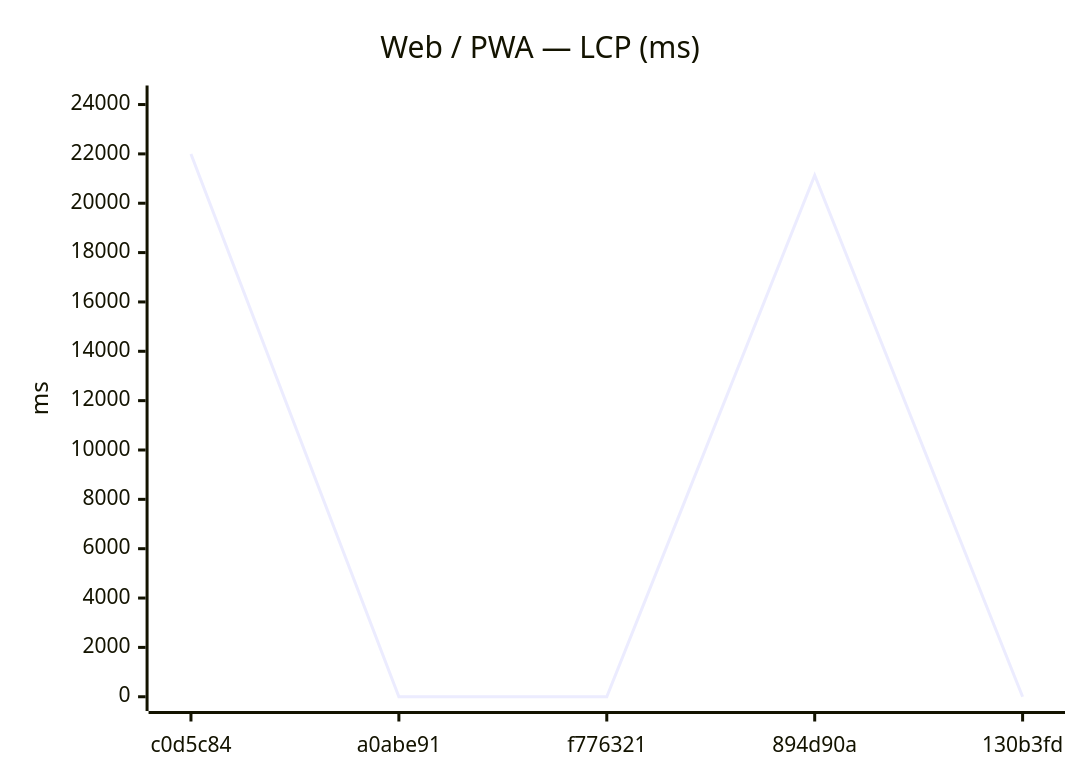
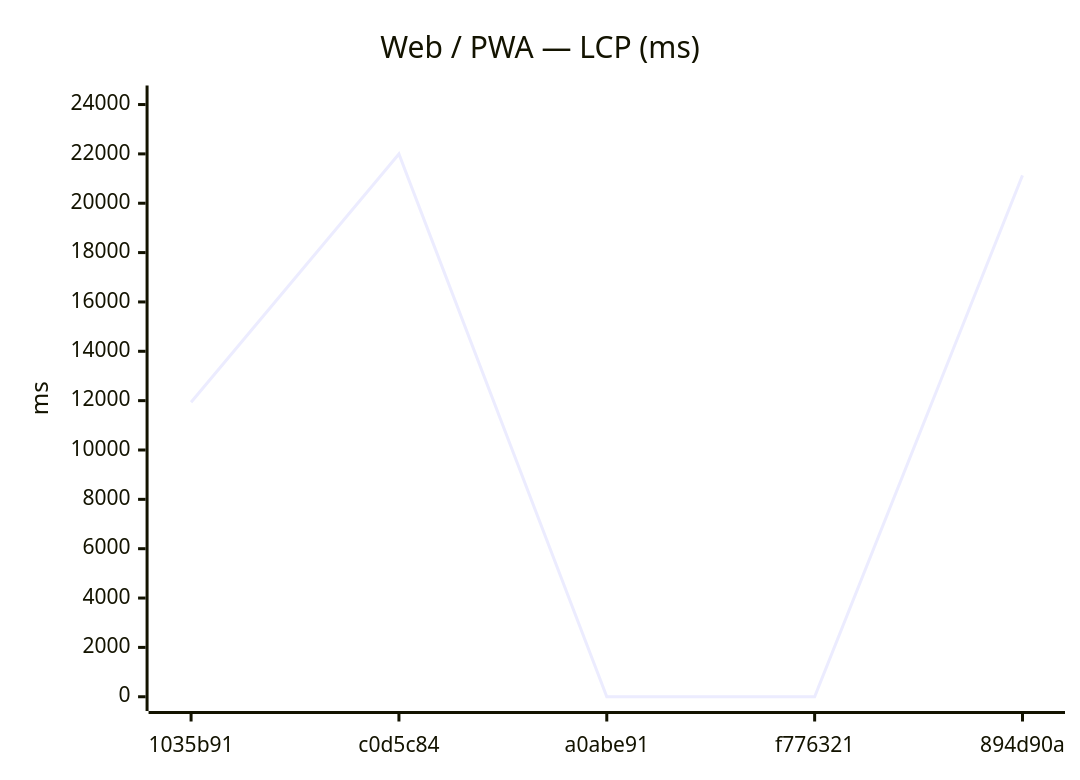
Before and after one commit to Metaheurist/Rianell: the seventh of 18 diagrams in benchmarks/compare.md, drawn with Mermaid. The commit also changed other lines of this file and 11 other files, not shown here.

````diff
--- a/benchmarks/compare.md
+++ b/benchmarks/compare.md
@@ -117,7 +117,7 @@
 ```mermaid
 xychart-beta
     title "Web / PWA — LCP (ms)"
-    x-axis ["c0d5c84", "a0abe91", "f776321", "894d90a", "130b3fd"]
+    x-axis ["1035b91", "c0d5c84", "a0abe91", "f776321", "894d90a"]
     y-axis "ms" 0 --> 24194
-    line [21994, 0, 0, 21131, 0]
+    line [11936, 21994, 0, 0, 21131]
 ```
````
